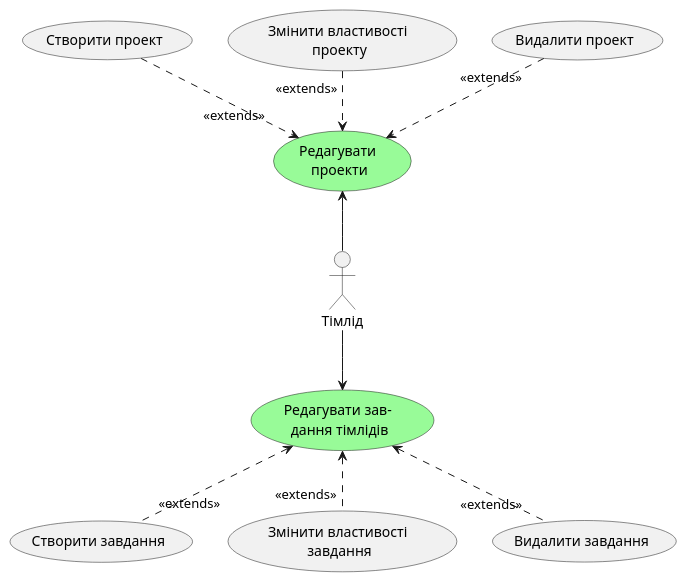
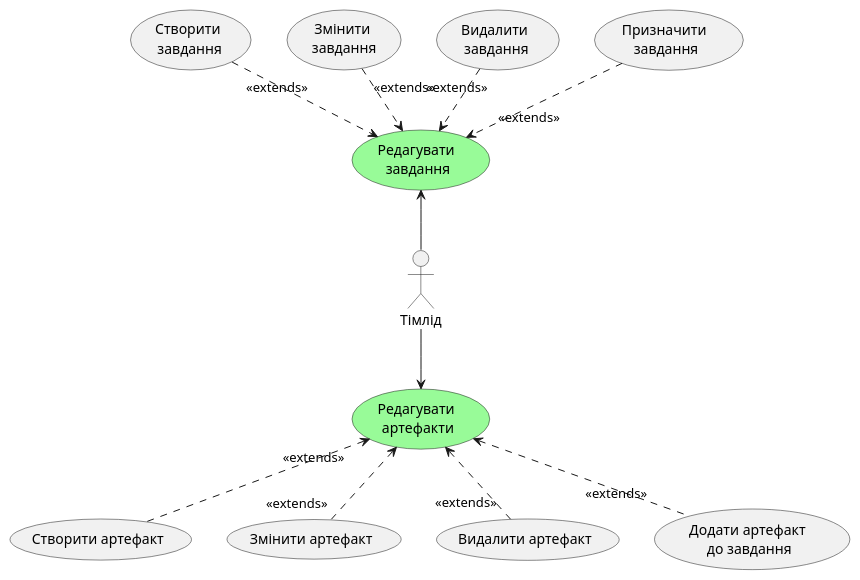
Before and after one commit to vtarasiuk/proj-control: the third of 17 diagrams in docs/use cases/README.md, drawn with PlantUML. The commit also changed other lines of this file, not shown here.

Commit message:
feat: add smart use cases

```diff
--- a/docs/use cases/README.md
+++ b/docs/use cases/README.md
@@ -106,29 +108,33 @@
 @startuml
 
   actor Тімлід
-  usecase "Редагувати \nпроекти" as EDPROJ #palegreen
-  usecase "Редагувати зав- \nдання тімлідів" as EDTLTASK #palegreen
+  usecase "Редагувати \nзавдання" as EDTASKS #palegreen
+  usecase "Редагувати \nартефакти" as EDART #palegreen
 
 
-  Тімлід -u-> EDPROJ
+  Тімлід -u-> EDTASKS
   
-  usecase "Створити проект" as CRPROJ
-  usecase "Змінити властивості \nпроекту" as EDPROJPROP
-  usecase "Видалити проект" as DELPROJ
+  usecase "Створити \nзавдання" as CRTASK
+  usecase "Змінити \nзавдання" as EDTASK
+  usecase "Видалити \nзавдання" as DELTASK
+  usecase "Призначити \nзавдання" as ASSINGTASK
   
-  CRPROJ ..>"<<extends>>" EDPROJ
-  EDPROJPROP "<<extends>>"..> EDPROJ
-  DELPROJ "<<extends>>"..> EDPROJ
+  CRTASK "<<extends>>".d.> EDTASKS
+  EDTASK "<<extends>>".d.> EDTASKS
+  DELTASK "<<extends>>".d.> EDTASKS
+  ASSINGTASK .d.>"<<extends>>" EDTASKS
 
 
-  Тімлід -d-> EDTLTASK
+  Тімлід --> EDART
   
-  usecase "Створити завдання" as CRDEVTASK
-  usecase "Змінити властивості \nзавдання" as EDDEVTASK
-  usecase "Видалити завдання" as DELDEVTASK
-
-  CRDEVTASK "<<extends>>".u.> EDTLTASK
-  EDDEVTASK "<<extends>>".u.> EDTLTASK
-  DELDEVTASK "<<extends>>".u.> EDTLTASK
+  usecase "Створити артефакт" as CRTLPLAN
+  usecase "Змінити артефакт" as EDTLPLAN
+  usecase "Видалити артефакт" as DELTLPLAN
+  usecase "Додати артефакт \nдо завдання" as ASSIGNPLAN
+  
+  CRTLPLAN .u.>"<<extends>>" EDART
+  EDTLPLAN "<<extends>>".u.> EDART
+  DELTLPLAN "<<extends>>".u.> EDART
+  ASSIGNPLAN "<<extends>>".u.> EDART
 
 @enduml
```
